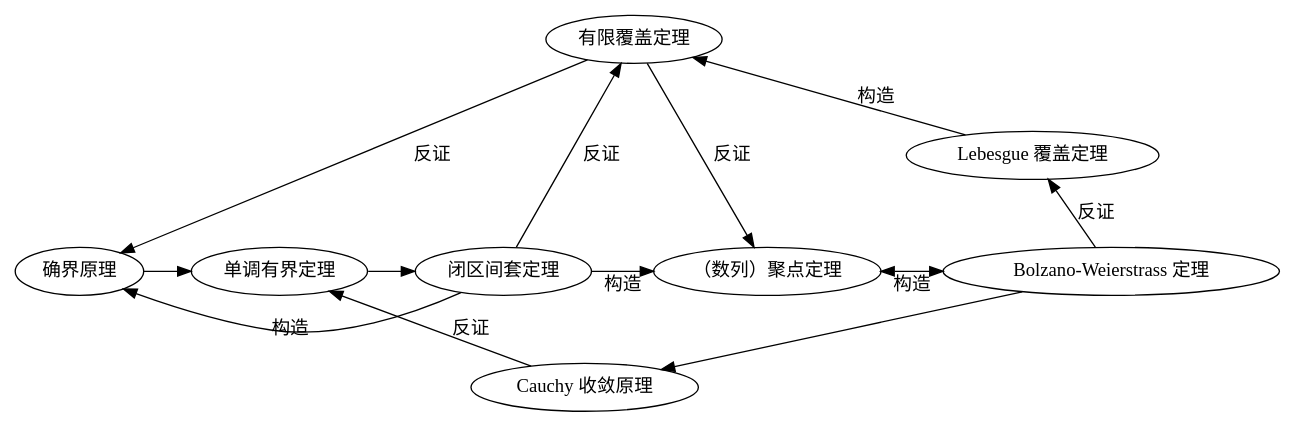
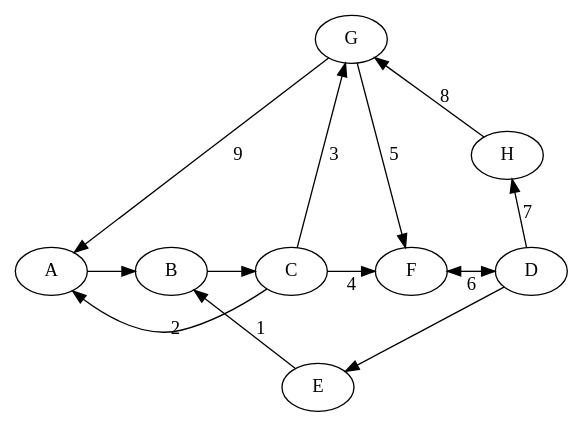
One commit to sun123zxy/sunquartex changed the diagram in index.qmd. Above: the diagram before and after it, drawn with Graphviz. The commit also changed other lines of this file, not shown here.

Commit message:
add guide for defining TeX macros & update index.qmd

````diff
--- a/index.qmd
+++ b/index.qmd
@@ -174,41 +194,41 @@
 ```{dot}
 //| label: fig-real
-//| fig-cap: 实数完备性等价定理关系图
+//| fig-cap: GraphViz 有向图
 //| fig-width: 6.25
 //| fig-height: 2.5
 digraph G{
     //bgcolor="transparent"
     //node [style="filled", fillcolor="white"]
     //edge [color="gray" penwidth=2]
 
     //layout=neato
     //ratio=0.5
 
     rankdir=BT
-    sup[label="确界原理"];
-    mono[label="单调有界定理"];
-    nested[label="闭区间套定理"];
-    bw[label="Bolzano-Weierstrass 定理"];
-    cauchy["label"="Cauchy 收敛原理"];
+    sup[label="A"];
+    mono[label="B"];
+    nested[label="C"];
+    bw[label="D"];
+    cauchy[label="E"];
     
-    accu[label="（数列）聚点定理"]
-    finite[label="有限覆盖定理"];
-    lebesgue[label="Lebesgue 覆盖定理"];
+    accu[label="F"]
+    finite[label="G"];
+    lebesgue[label="H"];
 
 
     { rank=max; finite }
     { rank=same;  lebesgue }
     { rank=same; sup, mono, nested, accu, bw }
     { rank=min; cauchy}
 
     sup -> mono -> nested; nested -> bw [style=invis]; bw -> cauchy;
-    cauchy -> mono[label="反证"];
-    nested -> sup[label="构造"];
-    nested -> finite[label="反证"];
-    nested -> accu[label="构造"];
-    finite -> accu[label="反证"];
-    accu -> bw[dir=both, label="构造"];
-    bw -> lebesgue[label="反证"]; lebesgue -> finite[label="构造"];
-    finite -> sup[label="反证"];
+    cauchy -> mono[label="1"];
+    nested -> sup[label="2"];
+    nested -> finite[label="3"];
+    nested -> accu[label="4"];
+    finite -> accu[label="5"];
+    accu -> bw[dir=both, label="6"];
+    bw -> lebesgue[label="7"]; lebesgue -> finite[label="8"];
+    finite -> sup[label="9"];
 }
 ```
````
